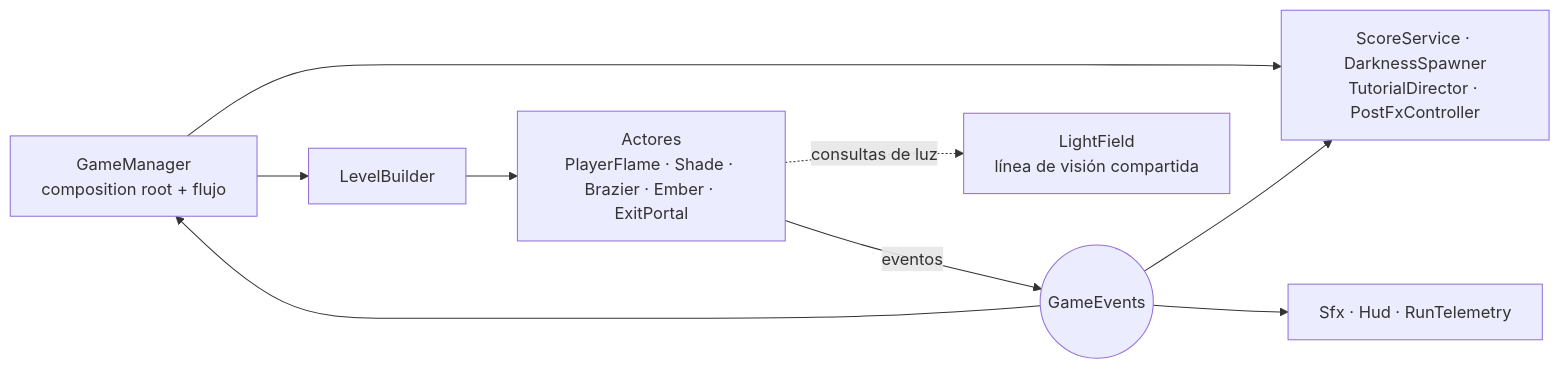
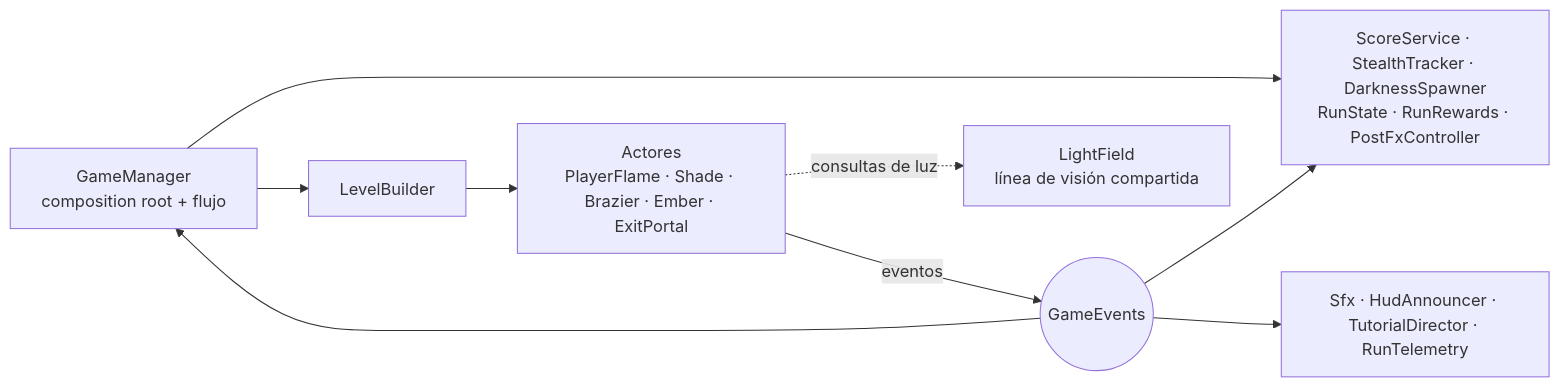
The diagram in README.md (emiqia/lumen), drawn with Mermaid before and after one commit. The commit also changed other lines of this file and 2 other files, not shown here.

````diff
--- a/README.md
+++ b/README.md
@@ -78,11 +78,11 @@
 ```mermaid
 flowchart LR
     GM[GameManager<br/>composition root + flujo] --> LB[LevelBuilder]
-    GM --> SYS[ScoreService · DarknessSpawner<br/>TutorialDirector · PostFxController]
+    GM --> SYS[ScoreService · StealthTracker · DarknessSpawner<br/>RunState · RunRewards · PostFxController]
     LB --> ACT[Actores<br/>PlayerFlame · Shade · Brazier · Ember · ExitPortal]
     ACT -- eventos --> EV((GameEvents))
     EV --> SYS
-    EV --> FX[Sfx · Hud · RunTelemetry]
+    EV --> FX[Sfx · HudAnnouncer · TutorialDirector · RunTelemetry]
     EV --> GM
     ACT -. consultas de luz .-> LF[LightField<br/>línea de visión compartida]
 ```
````
